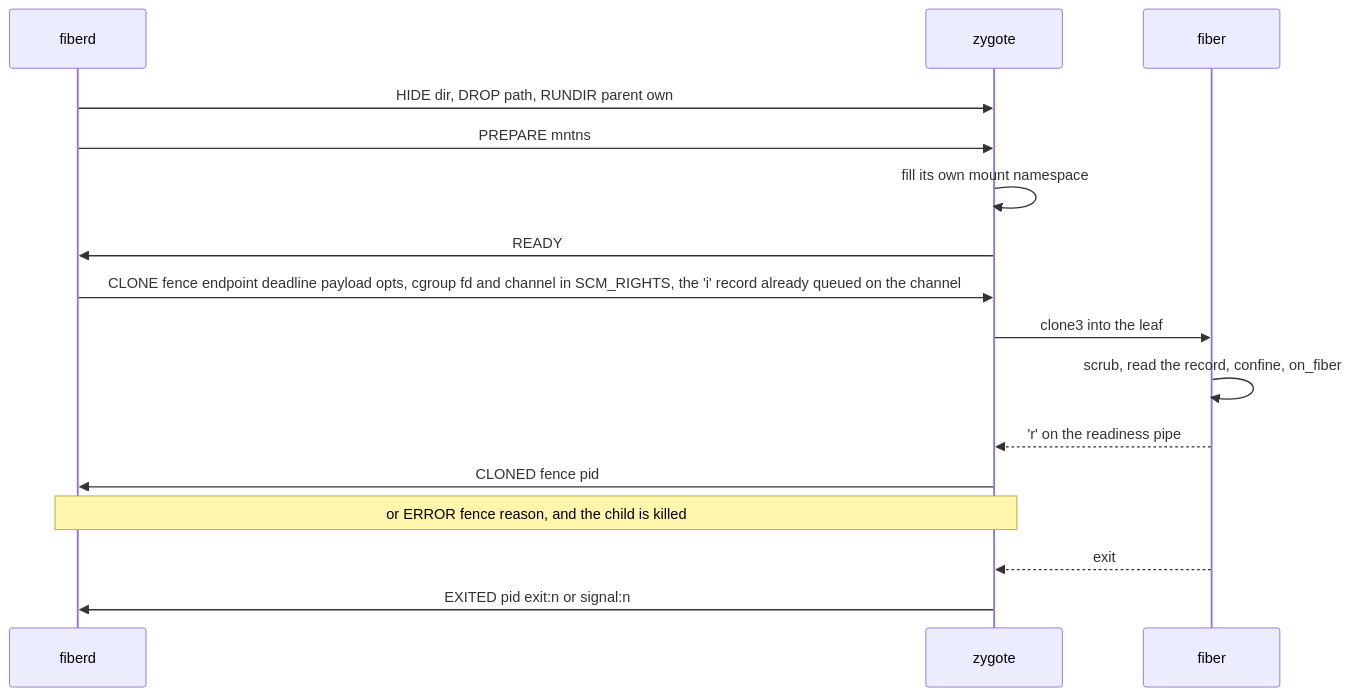
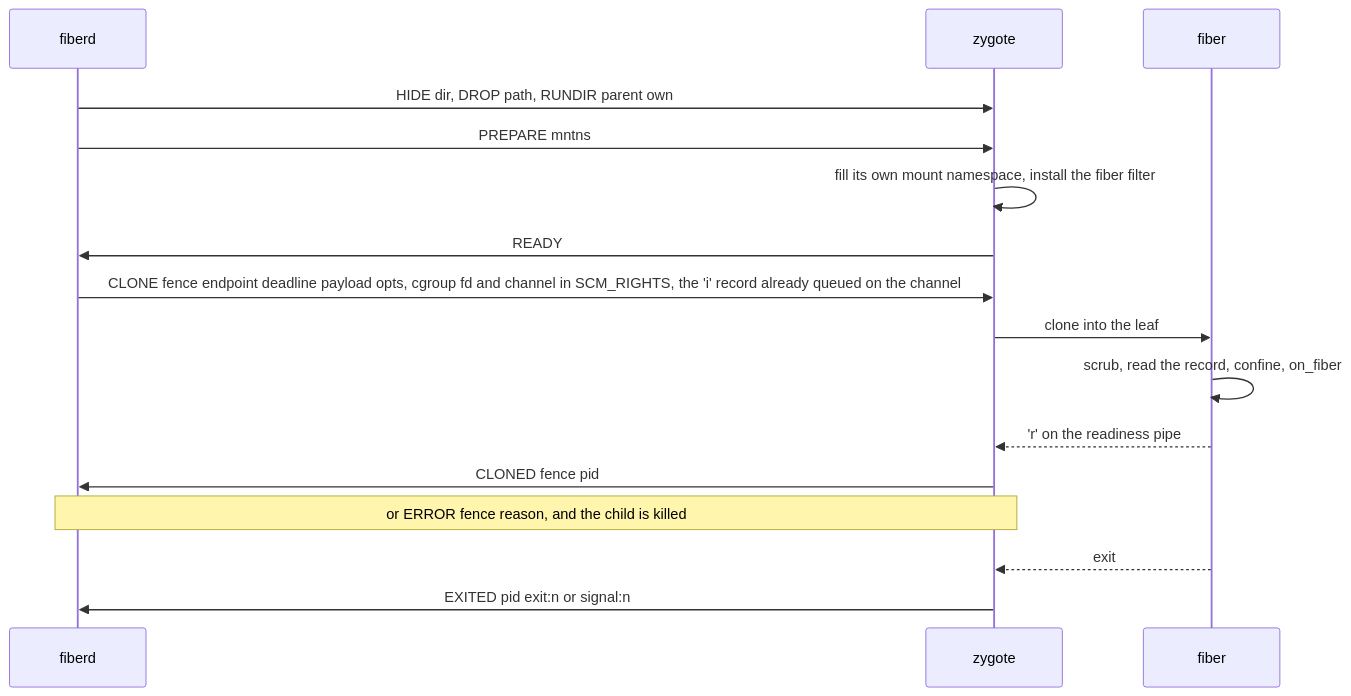
One commit to helayoty/fiberd changed the diagram in docs/design/zygote.md. Above: the diagram before and after it, drawn with Mermaid. The commit also changed other lines of this file and 12 other files, not shown here.

Commit message:
Describe the fiber filter and the runc capability set

````diff
--- a/docs/design/zygote.md
+++ b/docs/design/zygote.md
@@ -15,18 +15,18 @@
 ```mermaid
 sequenceDiagram
   participant A as fiberd
   participant Z as zygote
   participant F as fiber
   A->>Z: HIDE dir, DROP path, RUNDIR parent own
   A->>Z: PREPARE mntns
-  Z->>Z: fill its own mount namespace
+  Z->>Z: fill its own mount namespace, install the fiber filter
   Z->>A: READY
   A->>Z: CLONE fence endpoint deadline payload opts, cgroup fd and channel in SCM_RIGHTS, the 'i' record already queued on the channel
-  Z->>F: clone3 into the leaf
+  Z->>F: clone into the leaf
   F->>F: scrub, read the record, confine, on_fiber
   F-->>Z: 'r' on the readiness pipe
   Z->>A: CLONED fence pid
   Note over A,Z: or ERROR fence reason, and the child is killed
   F-->>Z: exit
   Z->>A: EXITED pid exit:n or signal:n
 ```
````
